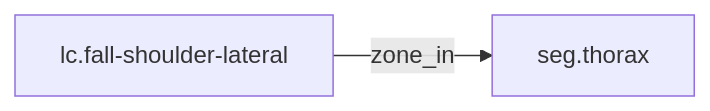
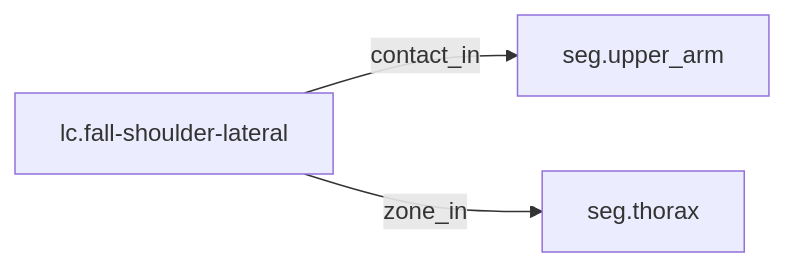
The diagram in thread/dossiers/lc.fall-shoulder-lateral.md (JoeCiampa3/freyja), drawn with Mermaid before and after one commit. The commit also changed other lines of this file and 11 other files, not shown here.

First line of the commit message:
T2: lc.fall-shoulder-lateral gains contact_in: seg.upper_arm (adr-0045 D5(d))

````diff
--- a/thread/dossiers/lc.fall-shoulder-lateral.md
+++ b/thread/dossiers/lc.fall-shoulder-lateral.md
@@ -57,6 +58,8 @@
 ```mermaid
 graph LR
   n0["lc.fall-shoulder-lateral"]
   n1["seg.thorax"]
+  n2["seg.upper_arm"]
+  n0 -->|contact_in| n2
   n0 -->|zone_in| n1
 ```
````
